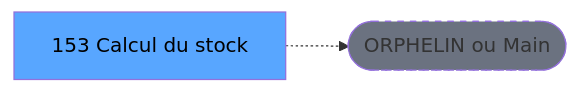
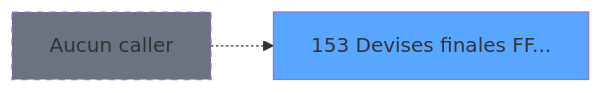
One commit to thonyAGP/magic-migration changed the second of 3 diagrams in .openspec/specs/ADH-IDE-153.md. Above: the diagram before and after it, drawn with Mermaid. The commit also changed other lines of this file and 311 other files, not shown here.

````diff
--- a/.openspec/specs/ADH-IDE-153.md
+++ b/.openspec/specs/ADH-IDE-153.md
@@ -126,8 +151,8 @@
 ```mermaid
 graph LR
-    T[153 Calcul du stock]
-    ORPHAN([ORPHELIN ou Main])
-    T -.-> ORPHAN
-    style T fill:#58a6ff,color:#000
-    style ORPHAN fill:#6b7280,stroke-dasharray: 5 5
+    T153[153 Devises finales FF...]
+    style T153 fill:#58a6ff
+    NONE[Aucun caller]
+    NONE -.-> T153
+    style NONE fill:#6b7280,stroke-dasharray: 5 5
 ```
````
